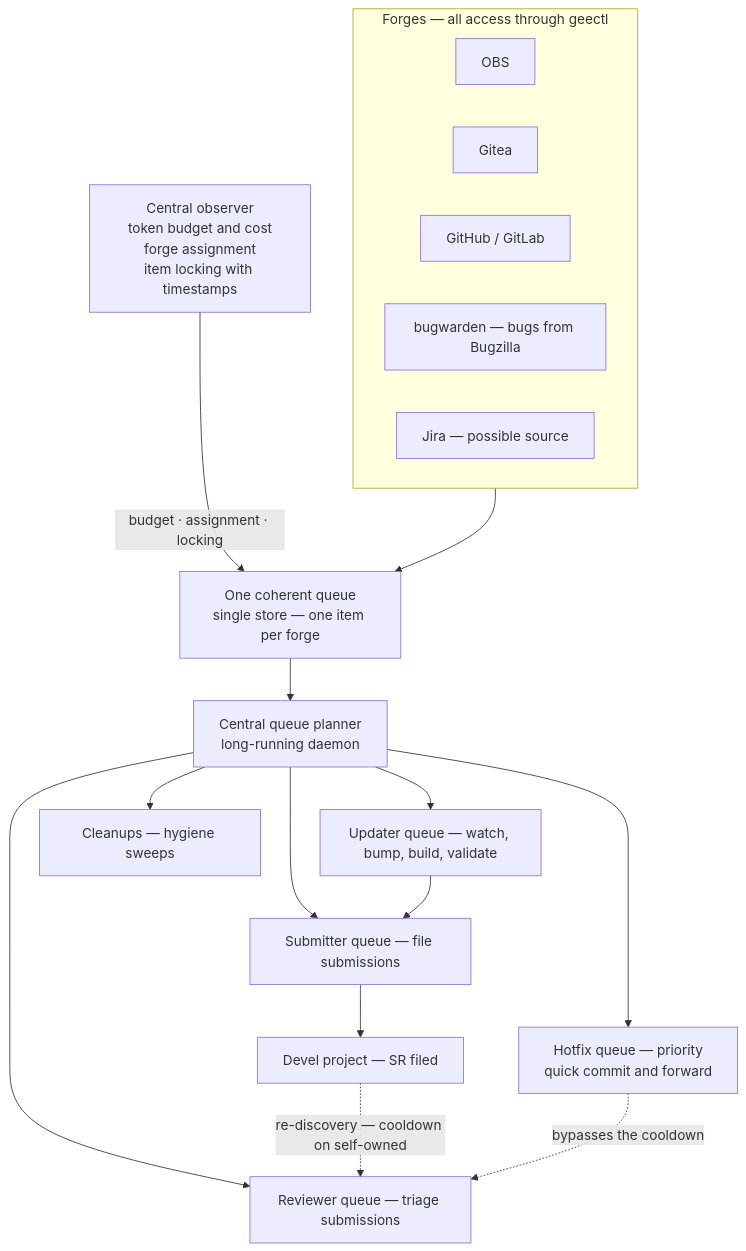
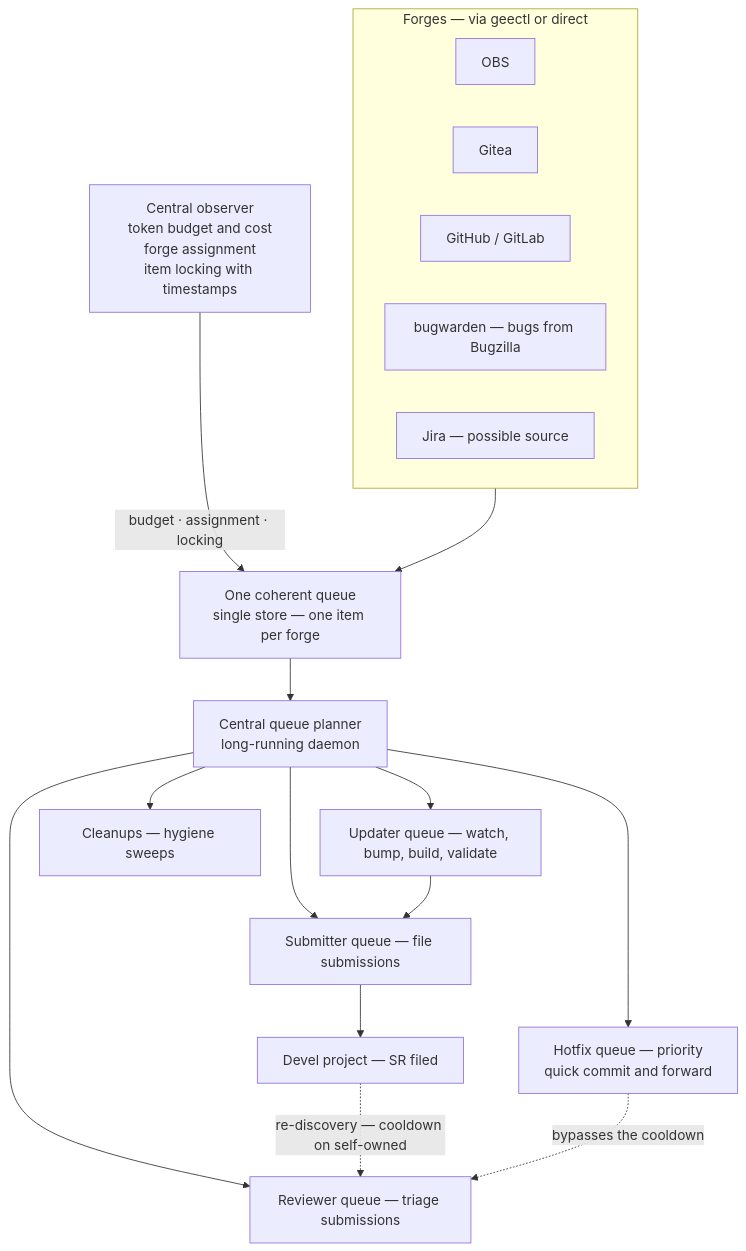
Before and after one commit to scarabeusiv/freshcrab: the diagram in docs/architecture.md, drawn with Mermaid. The commit also changed other lines of this file, not shown here.

Commit message:
docs: GitHub and GitLab are separate forges, not via geectl

````diff
--- a/docs/architecture.md
+++ b/docs/architecture.md
@@ -15,33 +16,33 @@
 ```mermaid
 flowchart TD
-    subgraph Forges["Forges — all access through geectl"]
+    subgraph Forges["Forges — via geectl or direct"]
         OBS[OBS]
         Gitea[Gitea]
         GHGL[GitHub / GitLab]
         BW[bugwarden — bugs from Bugzilla]
         Jira[Jira — possible source]
     end
 
     Queue["One coherent queue<br/>single store — one item per forge"]
     Observer["Central observer<br/>token budget and cost<br/>forge assignment<br/>item locking with timestamps"]
     Planner["Central queue planner<br/>long-running daemon"]
     Updater[Updater queue — watch, bump, build, validate]
     Reviewer[Reviewer queue — triage submissions]
     Submitter[Submitter queue — file submissions]
     Hotfix["Hotfix queue — priority<br/>quick commit and forward"]
     Cleanups[Cleanups — hygiene sweeps]
     Devel[Devel project — SR filed]
 
     Forges --> Queue
     Observer -- "budget · assignment · locking" --> Queue
     Queue --> Planner
     Planner --> Updater
     Planner --> Reviewer
     Planner --> Submitter
     Planner --> Hotfix
     Planner --> Cleanups
     Updater --> Submitter
     Submitter --> Devel
     Devel -. "re-discovery — cooldown on self-owned" .-> Reviewer
     Hotfix -. "bypasses the cooldown" .-> Reviewer
 ```
````
